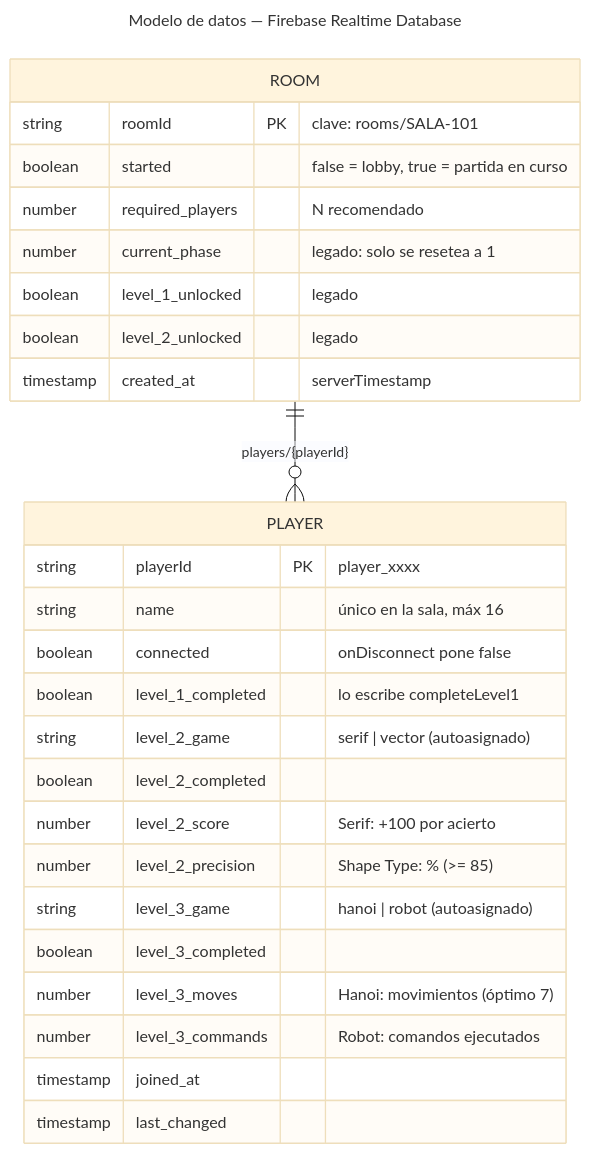
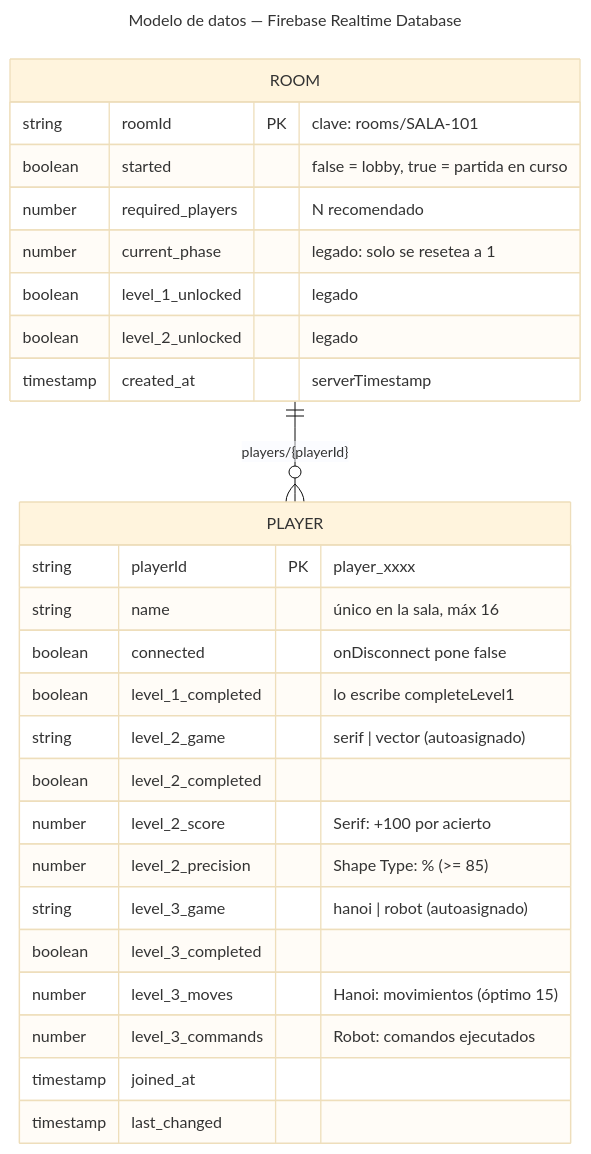
Before and after one commit to morphine75/escape_room: the diagram in docs/diagramas/fuentes/03-modelo-de-datos.mmd, drawn with Mermaid (base theme). The commit also changed 9 other files, not shown here.

First line of the commit message:
Torres de Hanoi: 4 disks (optimum 15 moves)

```diff
--- a/docs/diagramas/fuentes/03-modelo-de-datos.mmd
+++ b/docs/diagramas/fuentes/03-modelo-de-datos.mmd
@@ -1,30 +1,30 @@
 ---
 title: Modelo de datos — Firebase Realtime Database
 ---
 erDiagram
   ROOM ||--o{ PLAYER : "players/{playerId}"
   ROOM {
     string roomId PK "clave: rooms/SALA-101"
     boolean started "false = lobby, true = partida en curso"
     number required_players "N recomendado"
     number current_phase "legado: solo se resetea a 1"
     boolean level_1_unlocked "legado"
     boolean level_2_unlocked "legado"
     timestamp created_at "serverTimestamp"
   }
   PLAYER {
     string playerId PK "player_xxxx"
     string name "único en la sala, máx 16"
     boolean connected "onDisconnect pone false"
     boolean level_1_completed "lo escribe completeLevel1"
     string level_2_game "serif | vector (autoasignado)"
     boolean level_2_completed
     number level_2_score "Serif: +100 por acierto"
     number level_2_precision "Shape Type: % (>= 85)"
     string level_3_game "hanoi | robot (autoasignado)"
     boolean level_3_completed
-    number level_3_moves "Hanoi: movimientos (óptimo 7)"
+    number level_3_moves "Hanoi: movimientos (óptimo 15)"
     number level_3_commands "Robot: comandos ejecutados"
     timestamp joined_at
     timestamp last_changed
   }
```
